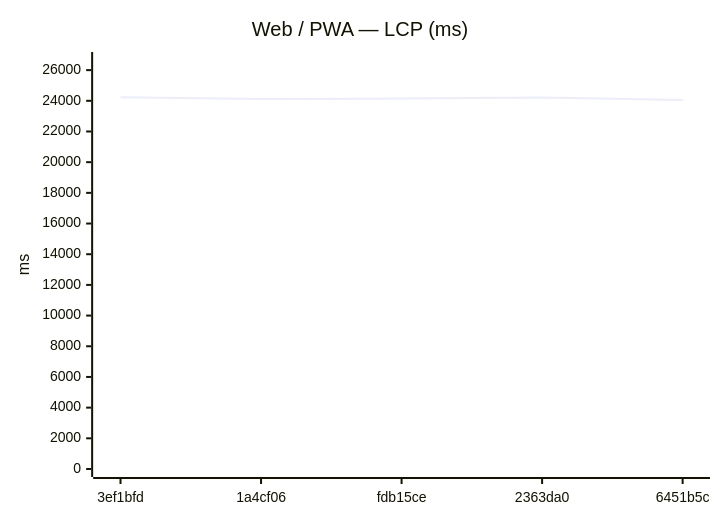
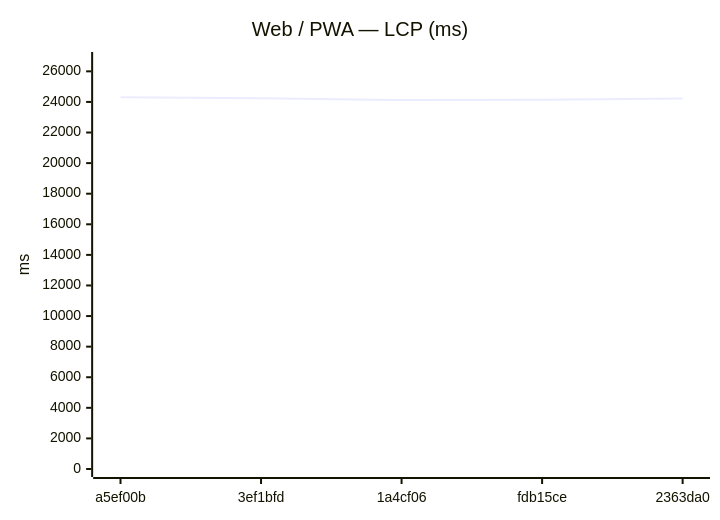
Before and after one commit to Metaheurist/Rianell: the fifth of 12 diagrams in benchmarks/compare.md, drawn with Mermaid. The commit also changed other lines of this file and 8 other files, not shown here.

````diff
--- a/benchmarks/compare.md
+++ b/benchmarks/compare.md
@@ -82,7 +82,7 @@
 ```mermaid
 xychart-beta
     title "Web / PWA — LCP (ms)"
-    x-axis ["3ef1bfd", "1a4cf06", "fdb15ce", "2363da0", "6451b5c"]
-    y-axis "ms" 0 --> 26660
-    line [24236, 24125, 24144, 24218, 24056]
+    x-axis ["a5ef00b", "3ef1bfd", "1a4cf06", "fdb15ce", "2363da0"]
+    y-axis "ms" 0 --> 26742
+    line [24310, 24236, 24125, 24144, 24218]
 ```
````
